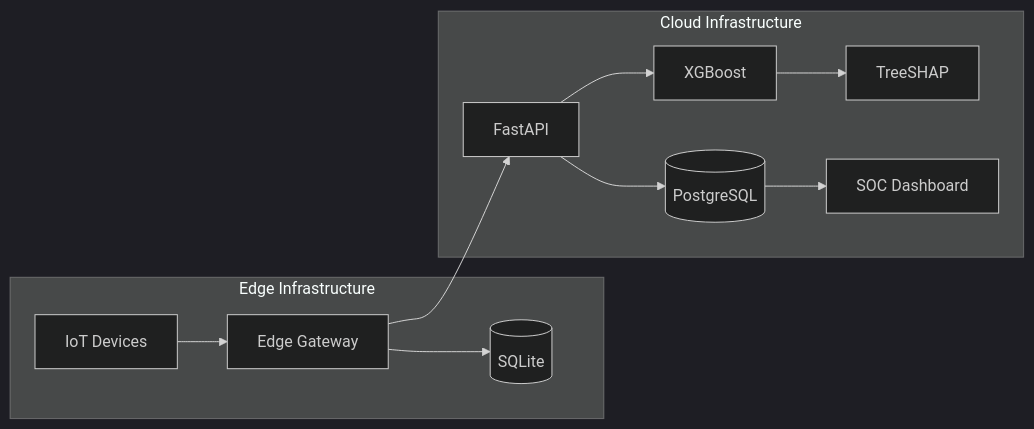
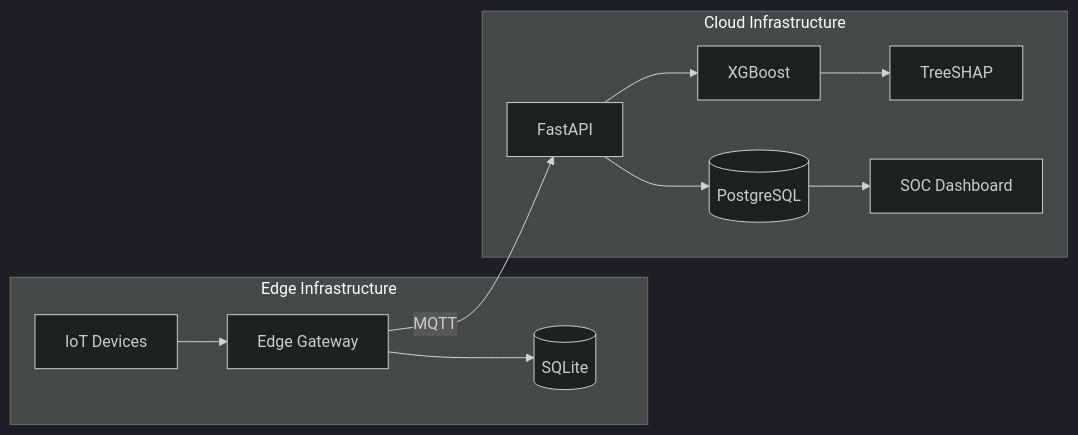
The fifth of 6 diagrams in README.md (AtharvaVavhal/aecids), drawn with Mermaid (dark theme) before and after one commit. The commit also changed other lines of this file, not shown here.

````diff
--- a/README.md
+++ b/README.md
@@ -1120,41 +273,14 @@
 ```mermaid
 graph LR
-
-subgraph Edge Infrastructure
-
-IoT[IoT Devices]
-
-Gateway[Edge Gateway]
-
-SQLite[(SQLite)]
-
-end
-
-subgraph Cloud Infrastructure
-
-API[FastAPI]
-
-ML[XGBoost]
-
-SHAP[TreeSHAP]
-
-DB[(PostgreSQL)]
-
-SOC[SOC Dashboard]
-
-end
-
-IoT --> Gateway
-
-Gateway --> SQLite
-
-Gateway --> API
-
-API --> ML
-
-ML --> SHAP
-
-API --> DB
-
-DB --> SOC
+    subgraph Edge Infrastructure
+        IoT[IoT Devices] --> GW[Edge Gateway]
+        GW --> DB1[(SQLite)]
+    end
+    subgraph Cloud Infrastructure
+        API[FastAPI] --> ML[XGBoost]
+        ML --> SHAP[TreeSHAP]
+        API --> DB2[(PostgreSQL)]
+        DB2 --> SOC[SOC Dashboard]
+    end
+    GW -->|MQTT| API
 ```
````
